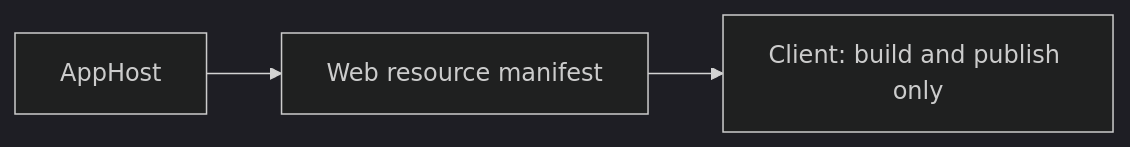
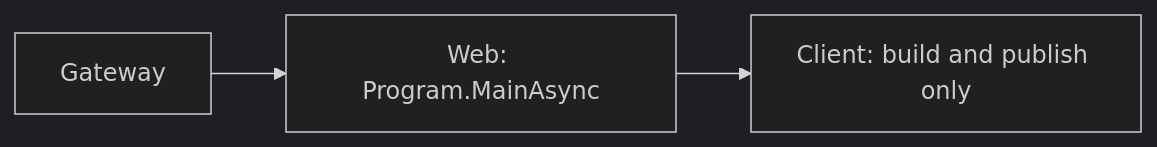
Before and after one commit to assimalign/viu-platforms: the diagram in platforms/cohesion/Assimalign.Cohesion.Viu.Templates/docs/DESIGN.md, drawn with Mermaid (dark theme). The commit also changed other lines of this file and 62 other files, not shown here.

````diff
--- a/platforms/cohesion/Assimalign.Cohesion.Viu.Templates/docs/DESIGN.md
+++ b/platforms/cohesion/Assimalign.Cohesion.Viu.Templates/docs/DESIGN.md
@@ -52,5 +67,5 @@
 ```mermaid
 flowchart LR
-    AppHost["AppHost"] --> Web["Web resource manifest"]
+    Gateway["Gateway"] --> Web["Web: Program.MainAsync"]
     Web --> Client["Client: build and publish only"]
 ```
````
